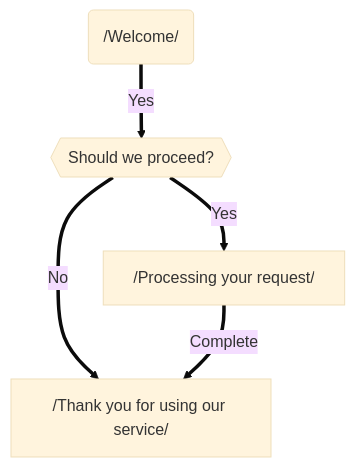
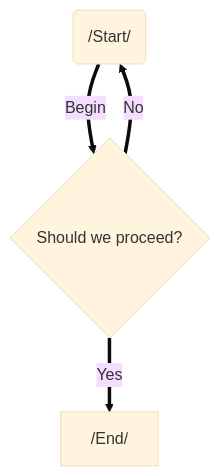
One commit to dexoon/mermaid-template-checker changed the diagram in tests/correct/simple-flowchart.md. Above: the diagram before and after it, drawn with Mermaid (base theme). The commit also changed 12 other files, not shown here.

Commit message:
feat: add support for stadium shaped nodes in Mermaid flowcharts; enhance validation logic and tests for multi-line labels

````diff
--- a/tests/correct/simple-flowchart.md
+++ b/tests/correct/simple-flowchart.md
@@ -3,14 +3,12 @@
 ```mermaid
 flowchart TD
   %% Node Definitions
-  START("/Welcome/")
-  DECISION{{"Should we proceed?"}}
-  PROCESS["/Processing your request/"]
-  END["/Thank you for using our service/"]
+  START("/Start/")
+  DECISION{"Should we proceed?"}
+  END["/End/"]
   
   %% Connections
-  START == "Yes" ==> DECISION
-  DECISION == "Yes" ==> PROCESS
-  DECISION == "No" ==> END
-  PROCESS == "Complete" ==> END
+  START == "Begin" ==> DECISION
+  DECISION == "Yes" ==> END
+  DECISION == "No" ==> START
 ```
````
